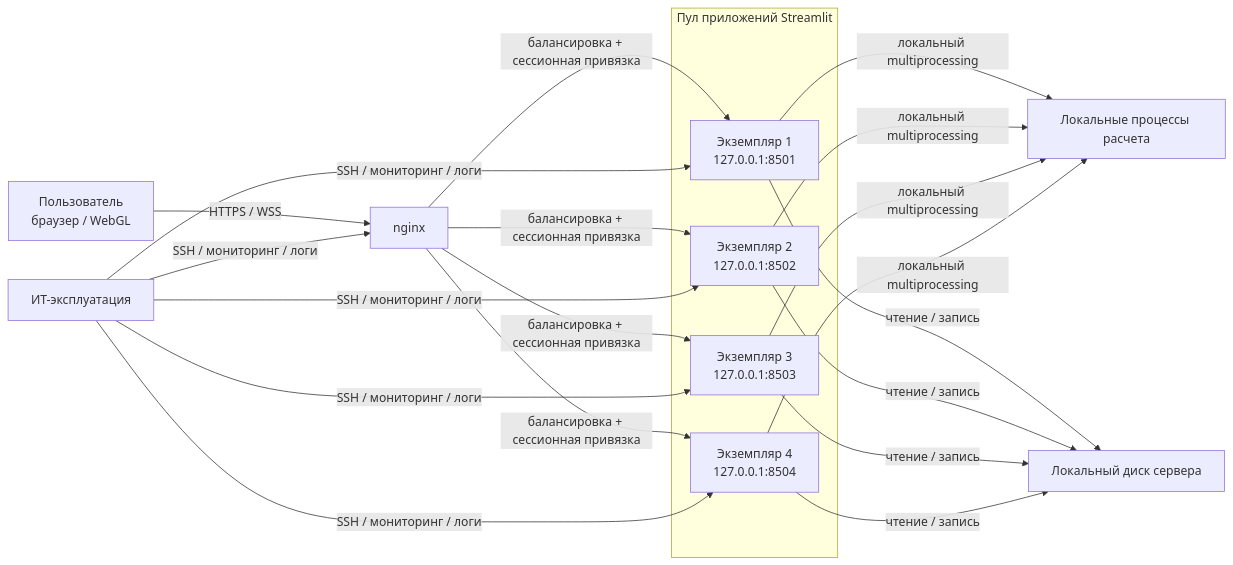
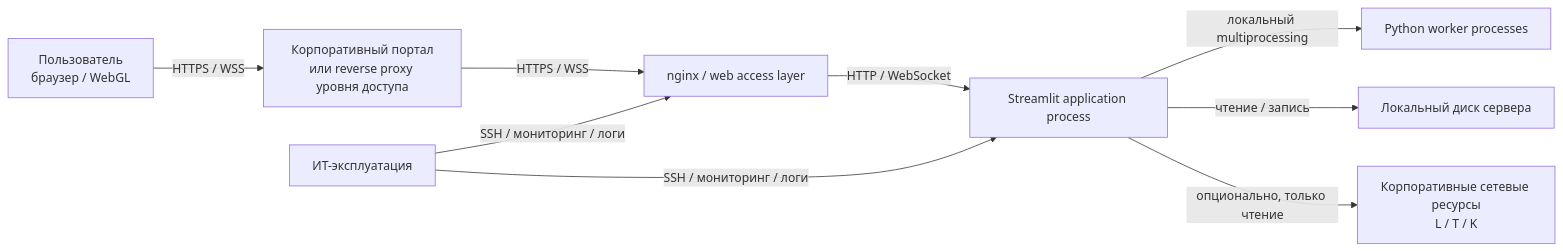
The diagram in docs.md (lun1tunes/pywp), drawn with Mermaid before and after one commit. The commit also changed other lines of this file and 1 other file, not shown here.

````diff
--- a/docs.md
+++ b/docs.md
@@ -154,32 +171,11 @@
 ```mermaid
 flowchart LR
-    U[Пользователь<br/>браузер / WebGL] -->|HTTPS / WSS| RP[nginx]
-
-    subgraph AP[Пул приложений Streamlit]
-        A1[Экземпляр 1<br/>127.0.0.1:8501]
-        A2[Экземпляр 2<br/>127.0.0.1:8502]
-        A3[Экземпляр 3<br/>127.0.0.1:8503]
-        A4[Экземпляр 4<br/>127.0.0.1:8504]
-    end
-
-    RP -->|балансировка + сессионная привязка| A1
-    RP -->|балансировка + сессионная привязка| A2
-    RP -->|балансировка + сессионная привязка| A3
-    RP -->|балансировка + сессионная привязка| A4
-
-    A1 -->|локальный multiprocessing| W[Локальные процессы расчета]
-    A2 -->|локальный multiprocessing| W
-    A3 -->|локальный multiprocessing| W
-    A4 -->|локальный multiprocessing| W
-
-    A1 -->|чтение / запись| FS[Локальный диск сервера]
-    A2 -->|чтение / запись| FS
-    A3 -->|чтение / запись| FS
-    A4 -->|чтение / запись| FS
-
+    U[Пользователь<br/>браузер / WebGL] -->|HTTPS / WSS| P[Корпоративный портал<br/>или reverse proxy уровня доступа]
+    P -->|HTTPS / WSS| RP[nginx / web access layer]
+    RP -->|HTTP / WebSocket| APP[Streamlit application process]
+    APP -->|локальный multiprocessing| W[Python worker processes]
+    APP -->|чтение / запись| FS[Локальный диск сервера]
+    APP -->|опционально, только чтение| NS[Корпоративные сетевые ресурсы<br/>L / T / K]
     OPS[ИТ-эксплуатация] -->|SSH / мониторинг / логи| RP
-    OPS -->|SSH / мониторинг / логи| A1
-    OPS -->|SSH / мониторинг / логи| A2
-    OPS -->|SSH / мониторинг / логи| A3
-    OPS -->|SSH / мониторинг / логи| A4
+    OPS -->|SSH / мониторинг / логи| APP
 ```
````
